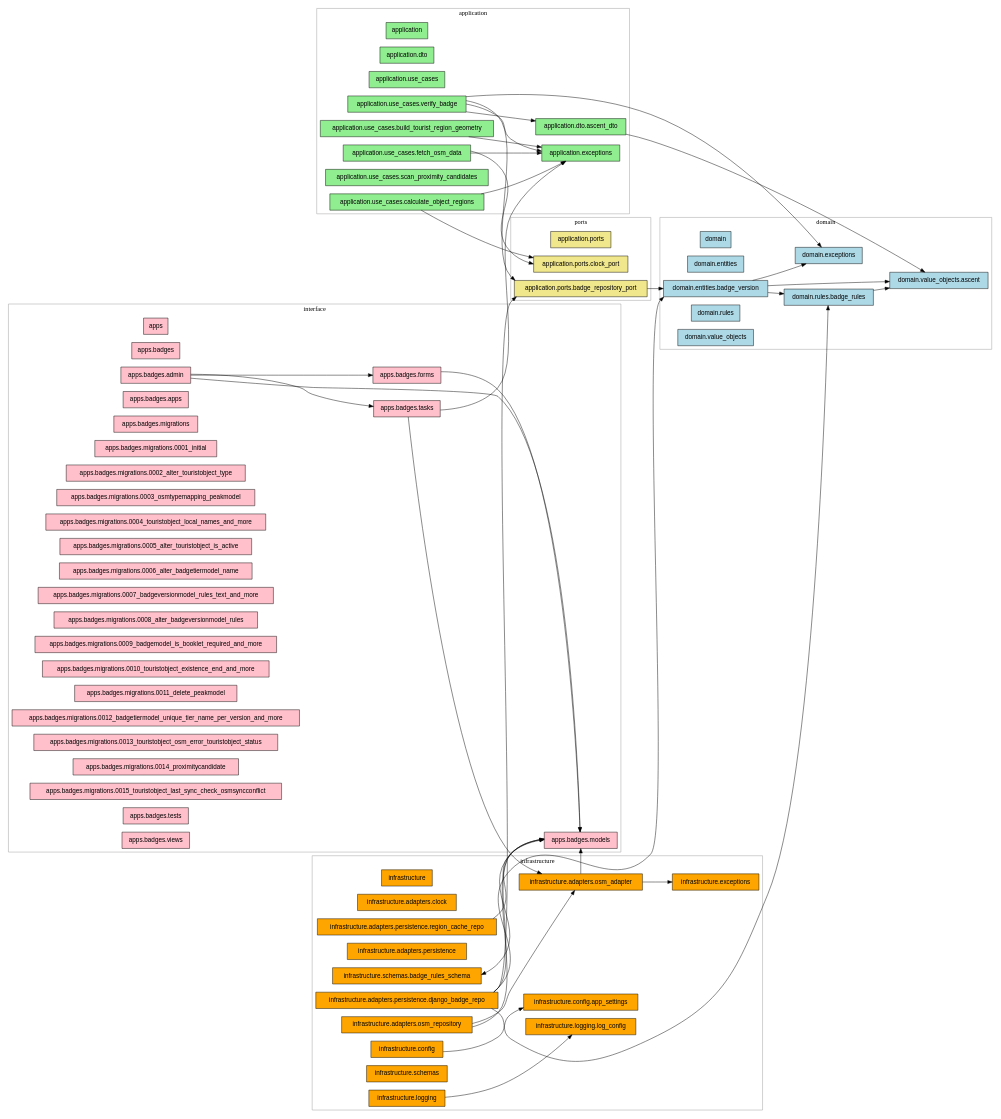
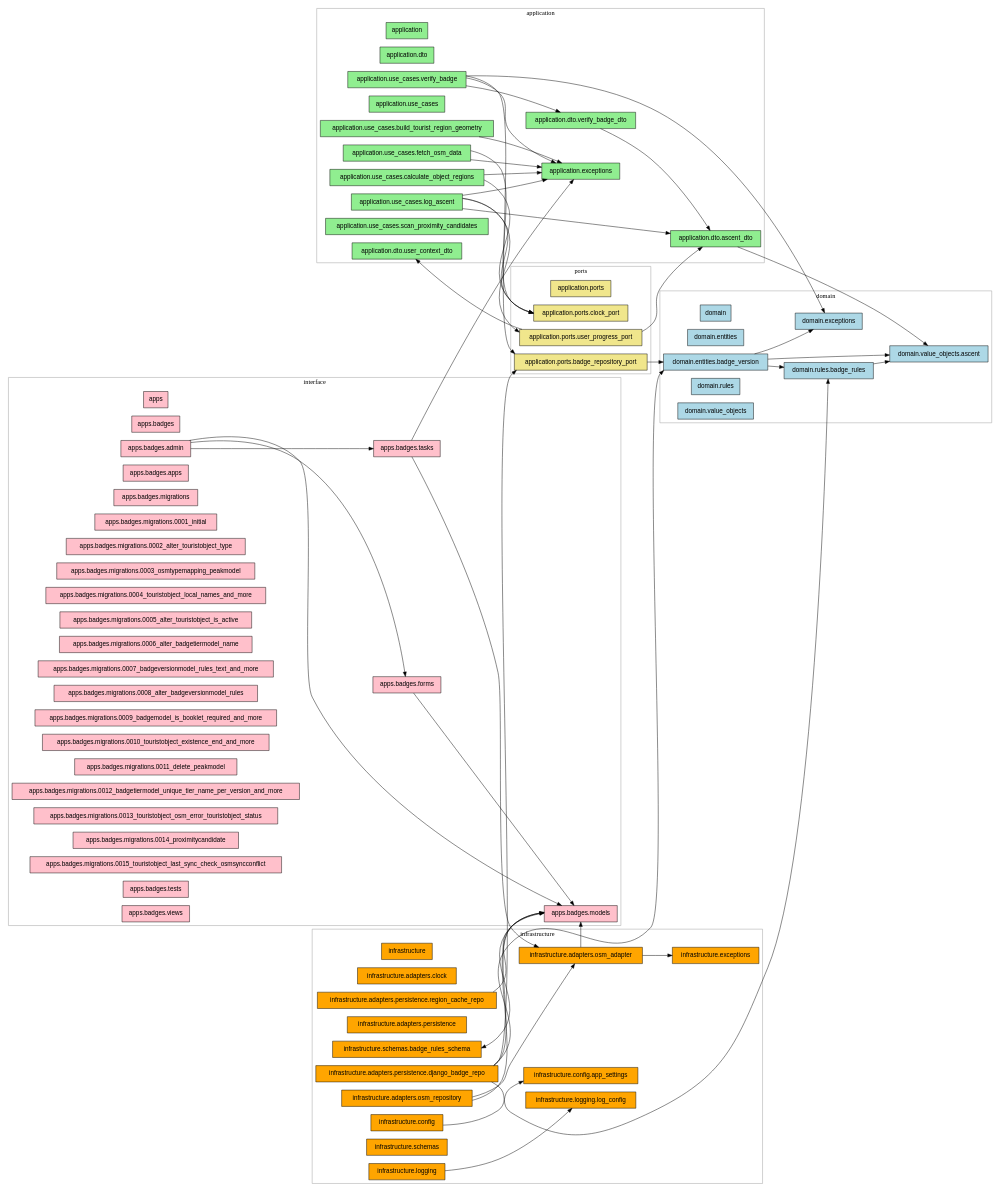
The diagram in dependencies.dot (Marek1Marecki/badges_system), drawn with Graphviz before and after one commit. The commit also changed 22 other files, not shown here.

First line of the commit message:
Add LogAscentUseCase with bitemporal validation and comprehensive test coverage

```diff
--- a/dependencies.dot
+++ b/dependencies.dot
@@ -1,124 +1,135 @@
 digraph G {
   rankdir=LR;
   graph [splines=true, overlap=false];
   node [shape=box, style=filled, fontname=Helvetica];
 
   subgraph cluster_domain {
     label="domain";
     color=gray60;
     "domain" [fillcolor="lightblue"];
     "domain.entities" [fillcolor="lightblue"];
     "domain.entities.badge_version" [fillcolor="lightblue"];
     "domain.exceptions" [fillcolor="lightblue"];
     "domain.rules" [fillcolor="lightblue"];
     "domain.rules.badge_rules" [fillcolor="lightblue"];
     "domain.value_objects" [fillcolor="lightblue"];
     "domain.value_objects.ascent" [fillcolor="lightblue"];
   }
 
   subgraph cluster_application {
     label="application";
     color=gray60;
     "application" [fillcolor="lightgreen"];
     "application.dto" [fillcolor="lightgreen"];
     "application.dto.ascent_dto" [fillcolor="lightgreen"];
+    "application.dto.user_context_dto" [fillcolor="lightgreen"];
+    "application.dto.verify_badge_dto" [fillcolor="lightgreen"];
     "application.exceptions" [fillcolor="lightgreen"];
     "application.use_cases" [fillcolor="lightgreen"];
     "application.use_cases.build_tourist_region_geometry" [fillcolor="lightgreen"];
     "application.use_cases.calculate_object_regions" [fillcolor="lightgreen"];
     "application.use_cases.fetch_osm_data" [fillcolor="lightgreen"];
+    "application.use_cases.log_ascent" [fillcolor="lightgreen"];
     "application.use_cases.scan_proximity_candidates" [fillcolor="lightgreen"];
     "application.use_cases.verify_badge" [fillcolor="lightgreen"];
   }
 
   subgraph cluster_ports {
     label="ports";
     color=gray60;
     "application.ports" [fillcolor="khaki"];
     "application.ports.badge_repository_port" [fillcolor="khaki"];
     "application.ports.clock_port" [fillcolor="khaki"];
+    "application.ports.user_progress_port" [fillcolor="khaki"];
   }
 
   subgraph cluster_infrastructure {
     label="infrastructure";
     color=gray60;
     "infrastructure" [fillcolor="orange"];
     "infrastructure.adapters.clock" [fillcolor="orange"];
     "infrastructure.adapters.osm_adapter" [fillcolor="orange"];
     "infrastructure.adapters.osm_repository" [fillcolor="orange"];
     "infrastructure.adapters.persistence" [fillcolor="orange"];
     "infrastructure.adapters.persistence.django_badge_repo" [fillcolor="orange"];
     "infrastructure.adapters.persistence.region_cache_repo" [fillcolor="orange"];
     "infrastructure.config" [fillcolor="orange"];
     "infrastructure.config.app_settings" [fillcolor="orange"];
     "infrastructure.exceptions" [fillcolor="orange"];
     "infrastructure.logging" [fillcolor="orange"];
     "infrastructure.logging.log_config" [fillcolor="orange"];
     "infrastructure.schemas" [fillcolor="orange"];
     "infrastructure.schemas.badge_rules_schema" [fillcolor="orange"];
   }
 
   subgraph cluster_interface {
     label="interface";
     color=gray60;
     "apps" [fillcolor="pink"];
     "apps.badges" [fillcolor="pink"];
     "apps.badges.admin" [fillcolor="pink"];
     "apps.badges.apps" [fillcolor="pink"];
     "apps.badges.forms" [fillcolor="pink"];
     "apps.badges.migrations" [fillcolor="pink"];
     "apps.badges.migrations.0001_initial" [fillcolor="pink"];
     "apps.badges.migrations.0002_alter_touristobject_type" [fillcolor="pink"];
     "apps.badges.migrations.0003_osmtypemapping_peakmodel" [fillcolor="pink"];
     "apps.badges.migrations.0004_touristobject_local_names_and_more" [fillcolor="pink"];
     "apps.badges.migrations.0005_alter_touristobject_is_active" [fillcolor="pink"];
     "apps.badges.migrations.0006_alter_badgetiermodel_name" [fillcolor="pink"];
     "apps.badges.migrations.0007_badgeversionmodel_rules_text_and_more" [fillcolor="pink"];
     "apps.badges.migrations.0008_alter_badgeversionmodel_rules" [fillcolor="pink"];
     "apps.badges.migrations.0009_badgemodel_is_booklet_required_and_more" [fillcolor="pink"];
     "apps.badges.migrations.0010_touristobject_existence_end_and_more" [fillcolor="pink"];
     "apps.badges.migrations.0011_delete_peakmodel" [fillcolor="pink"];
     "apps.badges.migrations.0012_badgetiermodel_unique_tier_name_per_version_and_more" [fillcolor="pink"];
     "apps.badges.migrations.0013_touristobject_osm_error_touristobject_status" [fillcolor="pink"];
     "apps.badges.migrations.0014_proximitycandidate" [fillcolor="pink"];
     "apps.badges.migrations.0015_touristobject_last_sync_check_osmsyncconflict" [fillcolor="pink"];
     "apps.badges.models" [fillcolor="pink"];
     "apps.badges.tasks" [fillcolor="pink"];
     "apps.badges.tests" [fillcolor="pink"];
     "apps.badges.views" [fillcolor="pink"];
   }
 
   "application.dto.ascent_dto" -> "domain.value_objects.ascent";
+  "application.dto.verify_badge_dto" -> "application.dto.ascent_dto";
   "application.ports.badge_repository_port" -> "domain.entities.badge_version";
+  "application.ports.user_progress_port" -> "application.dto.ascent_dto";
+  "application.ports.user_progress_port" -> "application.dto.user_context_dto";
   "application.use_cases.build_tourist_region_geometry" -> "application.exceptions";
   "application.use_cases.calculate_object_regions" -> "application.exceptions";
   "application.use_cases.calculate_object_regions" -> "application.ports.clock_port";
   "application.use_cases.fetch_osm_data" -> "application.exceptions";
   "application.use_cases.fetch_osm_data" -> "application.ports.clock_port";
-  "application.use_cases.verify_badge" -> "application.dto.ascent_dto";
+  "application.use_cases.log_ascent" -> "application.dto.ascent_dto";
+  "application.use_cases.log_ascent" -> "application.exceptions";
+  "application.use_cases.log_ascent" -> "application.ports.clock_port";
+  "application.use_cases.log_ascent" -> "application.ports.user_progress_port";
+  "application.use_cases.verify_badge" -> "application.dto.verify_badge_dto";
   "application.use_cases.verify_badge" -> "application.exceptions";
   "application.use_cases.verify_badge" -> "application.ports.badge_repository_port";
   "application.use_cases.verify_badge" -> "domain.exceptions";
   "apps.badges.admin" -> "apps.badges.forms";
   "apps.badges.admin" -> "apps.badges.models";
   "apps.badges.admin" -> "apps.badges.tasks";
   "apps.badges.forms" -> "apps.badges.models";
   "apps.badges.models" -> "infrastructure.schemas.badge_rules_schema";
   "apps.badges.tasks" -> "application.exceptions";
   "apps.badges.tasks" -> "infrastructure.adapters.osm_adapter";
   "domain.entities.badge_version" -> "domain.exceptions";
   "domain.entities.badge_version" -> "domain.rules.badge_rules";
   "domain.entities.badge_version" -> "domain.value_objects.ascent";
   "domain.rules.badge_rules" -> "domain.value_objects.ascent";
   "infrastructure.adapters.osm_adapter" -> "apps.badges.models";
   "infrastructure.adapters.osm_adapter" -> "infrastructure.exceptions";
   "infrastructure.adapters.osm_repository" -> "apps.badges.models";
   "infrastructure.adapters.osm_repository" -> "infrastructure.adapters.osm_adapter";
   "infrastructure.adapters.persistence.django_badge_repo" -> "application.ports.badge_repository_port";
   "infrastructure.adapters.persistence.django_badge_repo" -> "apps.badges.models";
   "infrastructure.adapters.persistence.django_badge_repo" -> "domain.entities.badge_version";
   "infrastructure.adapters.persistence.django_badge_repo" -> "domain.rules.badge_rules";
   "infrastructure.adapters.persistence.region_cache_repo" -> "apps.badges.models";
   "infrastructure.config" -> "infrastructure.config.app_settings";
   "infrastructure.logging" -> "infrastructure.logging.log_config";
 }
```
